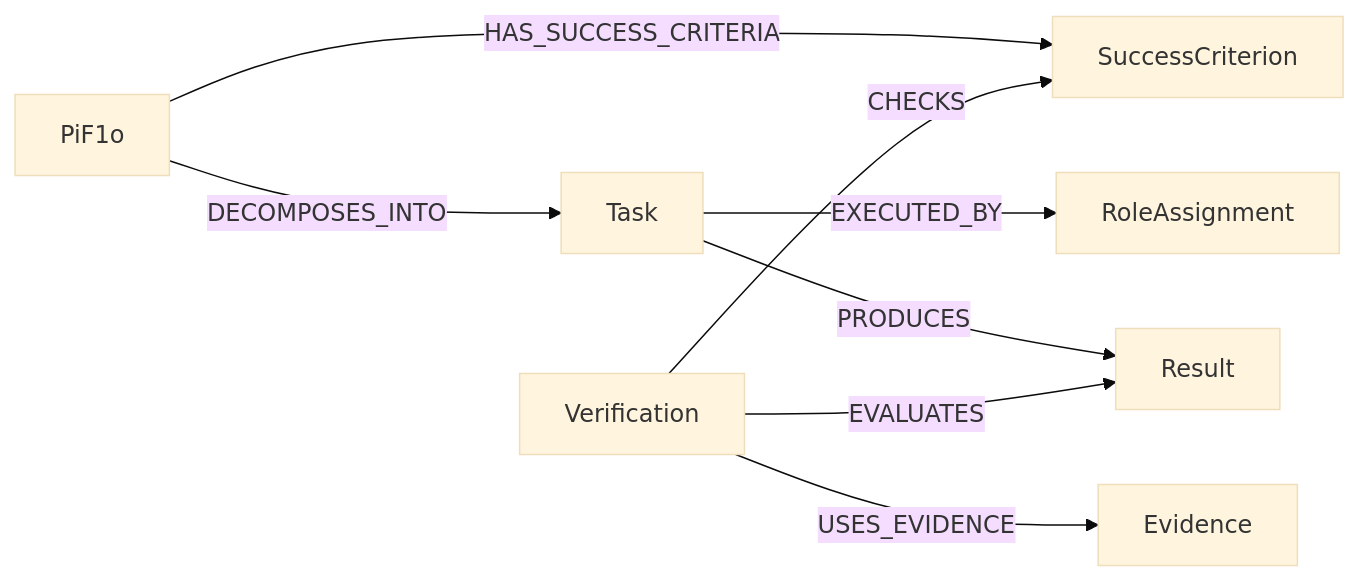
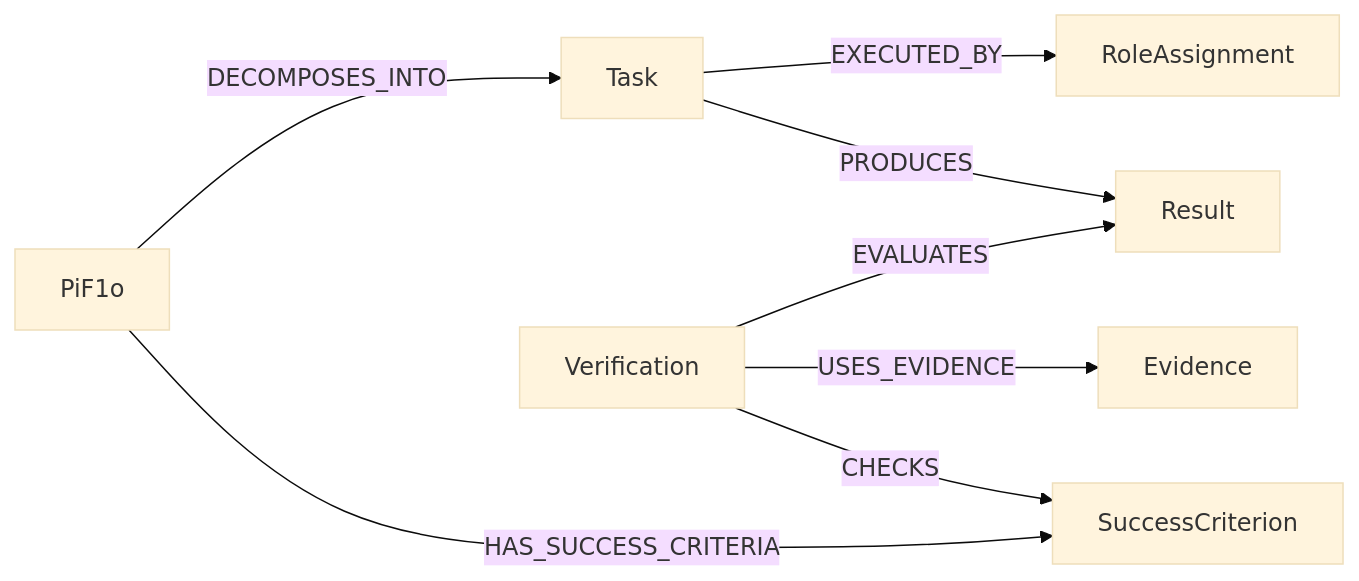
The third of 4 diagrams in docs/en/guides/JCI_ELEMENTS.md (eeimicke/junaco-jci-loop), drawn with Mermaid (base theme) before and after one commit. The commit also changed 2 other files, not shown here.

Commit message:
docs: improve verification diagram layout

````diff
--- a/docs/en/guides/JCI_ELEMENTS.md
+++ b/docs/en/guides/JCI_ELEMENTS.md
@@ -54,10 +54,10 @@
 ```mermaid
 flowchart LR
-    PiF1o -->|HAS_SUCCESS_CRITERIA| Criterion[SuccessCriterion]
     PiF1o -->|DECOMPOSES_INTO| Task
     Task -->|EXECUTED_BY| Assignment[RoleAssignment]
     Task -->|PRODUCES| Result
     Verification -->|EVALUATES| Result
-    Verification -->|CHECKS| Criterion
     Verification -->|USES_EVIDENCE| Evidence
+    Verification -->|CHECKS| Criterion[SuccessCriterion]
+    PiF1o -->|HAS_SUCCESS_CRITERIA| Criterion
 ```
````
